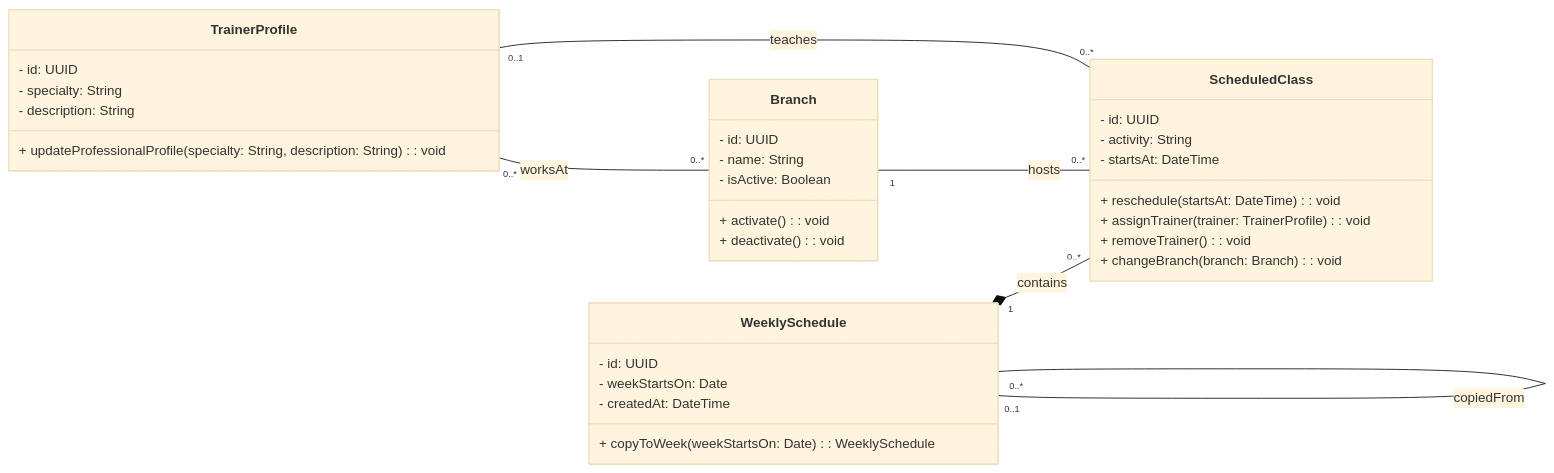
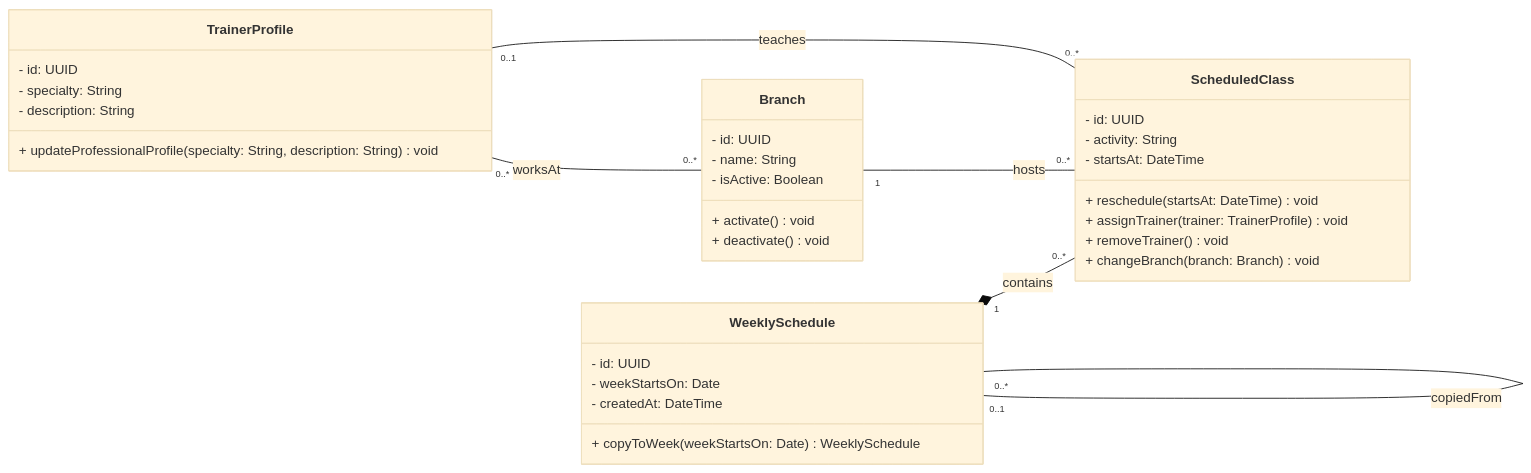
Before and after one commit to MTeamOrg/M-Team: the fourth of 5 diagrams in docs/diagrama-de-clases.md, drawn with Mermaid (base theme). The commit also changed other lines of this file, not shown here.

Commit message:
fix: correct class diagram rendering

````diff
--- a/docs/diagrama-de-clases.md
+++ b/docs/diagrama-de-clases.md
@@ -185,42 +186,42 @@
 ```mermaid
 classDiagram
 direction LR
 
 class TrainerProfile {
   - id: UUID
   - specialty: String
   - description: String
-  + updateProfessionalProfile(specialty: String, description: String): void
+  + updateProfessionalProfile(specialty: String, description: String) void
 }
 
 class Branch {
   - id: UUID
   - name: String
   - isActive: Boolean
-  + activate(): void
-  + deactivate(): void
+  + activate() void
+  + deactivate() void
 }
 
 class WeeklySchedule {
   - id: UUID
   - weekStartsOn: Date
   - createdAt: DateTime
-  + copyToWeek(weekStartsOn: Date): WeeklySchedule
+  + copyToWeek(weekStartsOn: Date) WeeklySchedule
 }
 
 class ScheduledClass {
   - id: UUID
   - activity: String
   - startsAt: DateTime
-  + reschedule(startsAt: DateTime): void
-  + assignTrainer(trainer: TrainerProfile): void
-  + removeTrainer(): void
-  + changeBranch(branch: Branch): void
+  + reschedule(startsAt: DateTime) void
+  + assignTrainer(trainer: TrainerProfile) void
+  + removeTrainer() void
+  + changeBranch(branch: Branch) void
 }
 
 TrainerProfile "0..*" -- "0..*" Branch : worksAt
 WeeklySchedule "1" *-- "0..*" ScheduledClass : contains
 WeeklySchedule "0..1" -- "0..*" WeeklySchedule : copiedFrom
 Branch "1" -- "0..*" ScheduledClass : hosts
 TrainerProfile "0..1" -- "0..*" ScheduledClass : teaches
 ```
````
